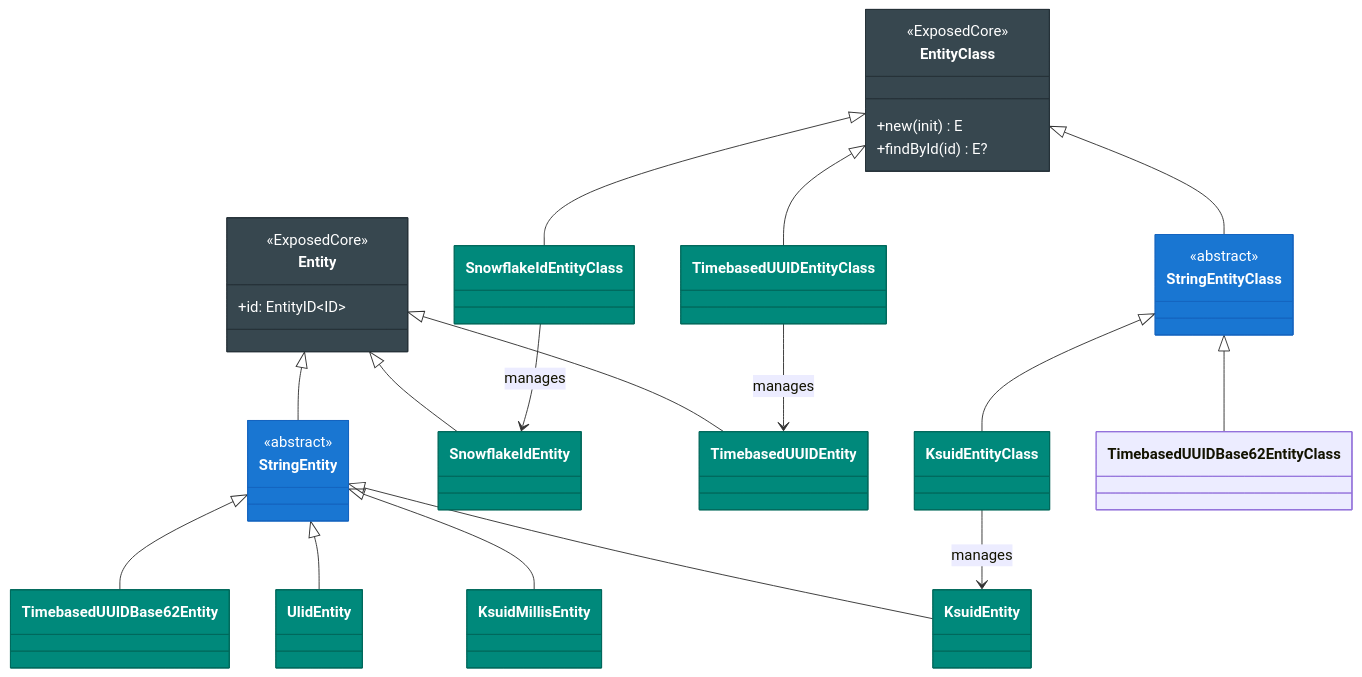
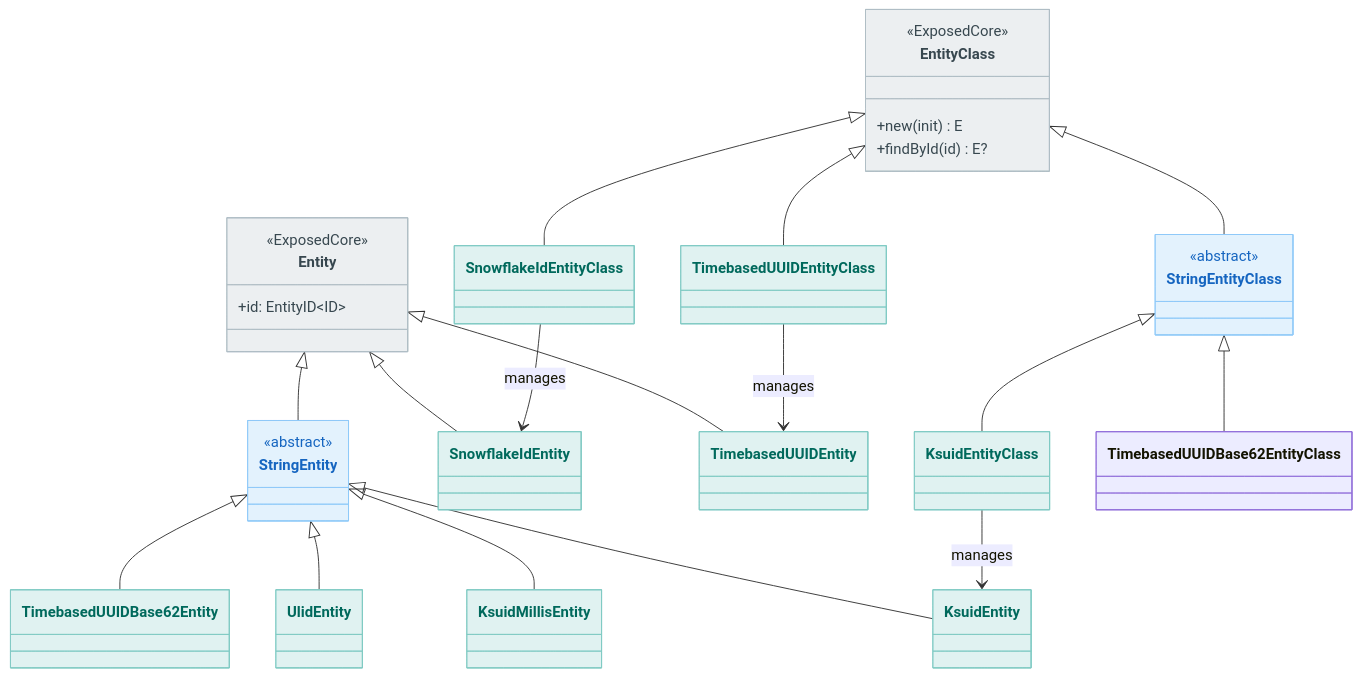
Before and after one commit to bluetape4k/bluetape4k-projects: the third of 4 diagrams in data/exposed-dao/README.md, drawn with Mermaid. The commit also changed other lines of this file and 219 other files, not shown here.

First line of the commit message:
docs: 전체 README Mermaid 다이어그램 가이드 적용

````diff
--- a/data/exposed-dao/README.md
+++ b/data/exposed-dao/README.md
@@ -317,60 +317,60 @@
 ```mermaid
 classDiagram
     class Entity {
 <<ExposedCore>>
 +id: EntityID~ID~
 }
 class StringEntity {
 <<abstract>>
 }
 class KsuidEntity
 class KsuidMillisEntity
 class UlidEntity
 class SnowflakeIdEntity
 class TimebasedUUIDEntity
 class TimebasedUUIDBase62Entity
 
 class EntityClass {
 <<ExposedCore>>
 +new(init) E
 +findById(id) E?
 }
 class StringEntityClass {
 <<abstract>>
 }
 class KsuidEntityClass
 class SnowflakeIdEntityClass
 class TimebasedUUIDEntityClass
 
 Entity <|-- StringEntity
 StringEntity <|-- KsuidEntity
 StringEntity <|-- KsuidMillisEntity
 StringEntity <|-- UlidEntity
 StringEntity <|-- TimebasedUUIDBase62Entity
 Entity <|-- SnowflakeIdEntity
 Entity <|-- TimebasedUUIDEntity
 
 EntityClass <|-- StringEntityClass
 StringEntityClass <|-- KsuidEntityClass
 StringEntityClass <|-- TimebasedUUIDBase62EntityClass
 EntityClass <|-- SnowflakeIdEntityClass
 EntityClass <|-- TimebasedUUIDEntityClass
 
 KsuidEntityClass --> KsuidEntity: manages
 SnowflakeIdEntityClass --> SnowflakeIdEntity: manages
 TimebasedUUIDEntityClass --> TimebasedUUIDEntity: manages
 
-    style Entity fill:#37474F,stroke:#263238,color:#FFFFFF
-    style EntityClass fill:#37474F,stroke:#263238,color:#FFFFFF
-    style StringEntity fill:#1976D2,stroke:#1565C0,color:#FFFFFF
-    style StringEntityClass fill:#1976D2,stroke:#1565C0,color:#FFFFFF
-    style KsuidEntity fill:#00897B,stroke:#00695C,color:#FFFFFF
-    style KsuidMillisEntity fill:#00897B,stroke:#00695C,color:#FFFFFF
-    style UlidEntity fill:#00897B,stroke:#00695C,color:#FFFFFF
-    style SnowflakeIdEntity fill:#00897B,stroke:#00695C,color:#FFFFFF
-    style TimebasedUUIDEntity fill:#00897B,stroke:#00695C,color:#FFFFFF
-    style TimebasedUUIDBase62Entity fill:#00897B,stroke:#00695C,color:#FFFFFF
-    style KsuidEntityClass fill:#00897B,stroke:#00695C,color:#FFFFFF
-    style SnowflakeIdEntityClass fill:#00897B,stroke:#00695C,color:#FFFFFF
-    style TimebasedUUIDEntityClass fill:#00897B,stroke:#00695C,color:#FFFFFF
+    style Entity fill:#ECEFF1,stroke:#B0BEC5,color:#37474F
+    style EntityClass fill:#ECEFF1,stroke:#B0BEC5,color:#37474F
+    style StringEntity fill:#E3F2FD,stroke:#90CAF9,color:#1565C0
+    style StringEntityClass fill:#E3F2FD,stroke:#90CAF9,color:#1565C0
+    style KsuidEntity fill:#E0F2F1,stroke:#80CBC4,color:#00695C
+    style KsuidMillisEntity fill:#E0F2F1,stroke:#80CBC4,color:#00695C
+    style UlidEntity fill:#E0F2F1,stroke:#80CBC4,color:#00695C
+    style SnowflakeIdEntity fill:#E0F2F1,stroke:#80CBC4,color:#00695C
+    style TimebasedUUIDEntity fill:#E0F2F1,stroke:#80CBC4,color:#00695C
+    style TimebasedUUIDBase62Entity fill:#E0F2F1,stroke:#80CBC4,color:#00695C
+    style KsuidEntityClass fill:#E0F2F1,stroke:#80CBC4,color:#00695C
+    style SnowflakeIdEntityClass fill:#E0F2F1,stroke:#80CBC4,color:#00695C
+    style TimebasedUUIDEntityClass fill:#E0F2F1,stroke:#80CBC4,color:#00695C
 ```
````
